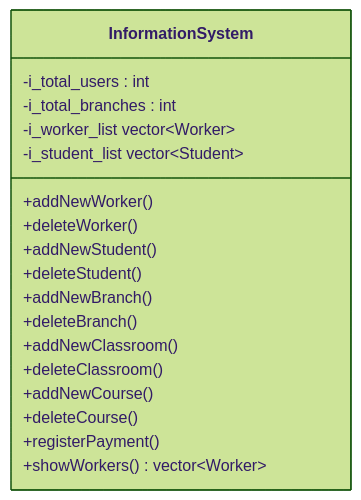
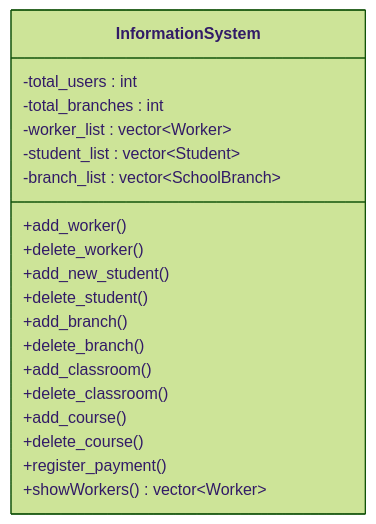
Before and after one commit to ondergormez/BLM3722_Software_Engineering: the fourth of 4 diagrams in Project/UML_Diag.md, drawn with Mermaid (forest theme). The commit also changed other lines of this file, not shown here.

Commit message:
UML was modified

````diff
--- a/Project/UML_Diag.md
+++ b/Project/UML_Diag.md
@@ -174,21 +179,22 @@
 ```mermaid
 classDiagram
     class InformationSystem{
-      -i_total_users : int
-      -i_total_branches : int
-      -i_worker_list vector~Worker~
-      -i_student_list vector~Student~
-      +addNewWorker()
-      +deleteWorker()
-      +addNewStudent()
-      +deleteStudent()
-      +addNewBranch()
-      +deleteBranch()
-      +addNewClassroom()
-      +deleteClassroom()
-      +addNewCourse()
-      +deleteCourse()
-      +registerPayment()
+      -total_users : int
+      -total_branches : int
+      -worker_list : vector~Worker~
+      -student_list : vector~Student~
+      -branch_list : vector~SchoolBranch~
+      +add_worker()
+      +delete_worker()
+      +add_new_student()
+      +delete_student()
+      +add_branch()
+      +delete_branch()
+      +add_classroom()
+      +delete_classroom()
+      +add_course()
+      +delete_course()
+      +register_payment()
       +showWorkers() vector~Worker~
     }
 ```
````
